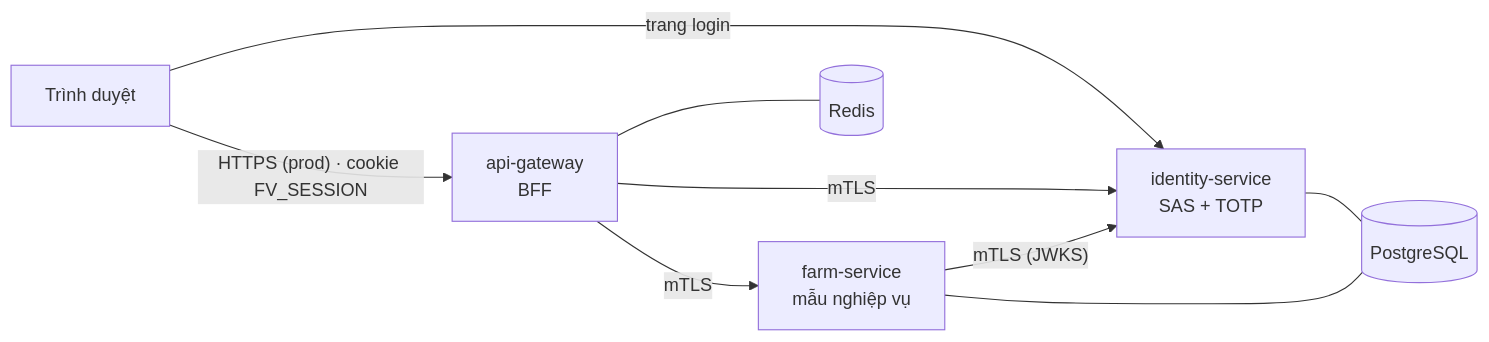
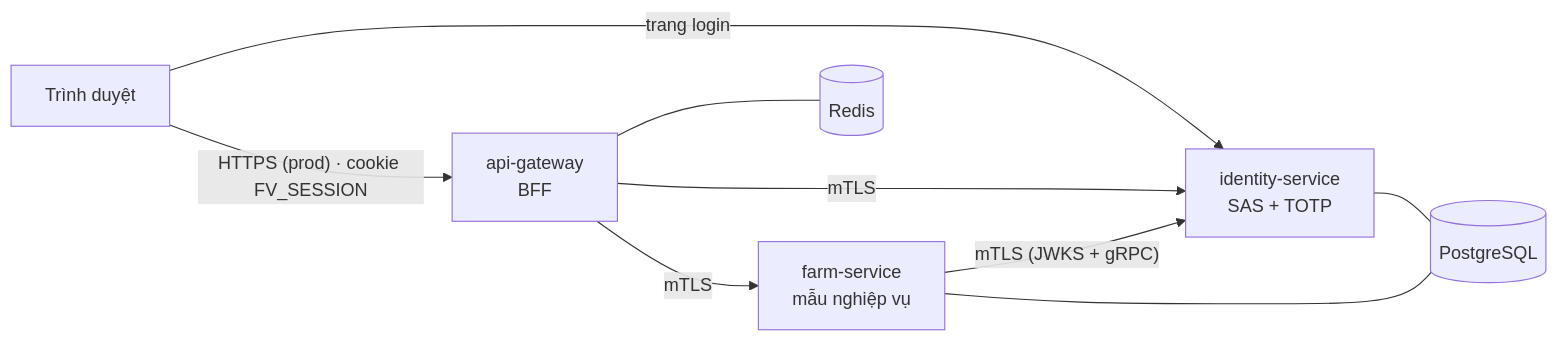
One commit to hatrongvu13/smartfarm-platform-maven-starter changed the first of 3 diagrams in content/thiet-ke-farmverse.md. Above: the diagram before and after it, drawn with Mermaid. The commit also changed other lines of this file and 7 other files, not shown here.

First line of the commit message:
docs: add code-walkthrough by flow; drop roadmap and progress tracking

````diff
--- a/content/thiet-ke-farmverse.md
+++ b/content/thiet-ke-farmverse.md
@@ -57,11 +54,11 @@
 ```mermaid
 flowchart LR
     B[Trình duyệt] -- "HTTPS (prod) · cookie FV_SESSION" --> GW[api-gateway<br/>BFF]
     B -- "trang login" --> ID
     GW -- mTLS --> ID[identity-service<br/>SAS + TOTP]
     GW -- mTLS --> FARM[farm-service<br/>mẫu nghiệp vụ]
-    FARM -- "mTLS (JWKS)" --> ID
+    FARM -- "mTLS (JWKS + gRPC)" --> ID
     GW --- R[(Redis)]
     ID --- P[(PostgreSQL)]
     FARM --- P
 ```
````
